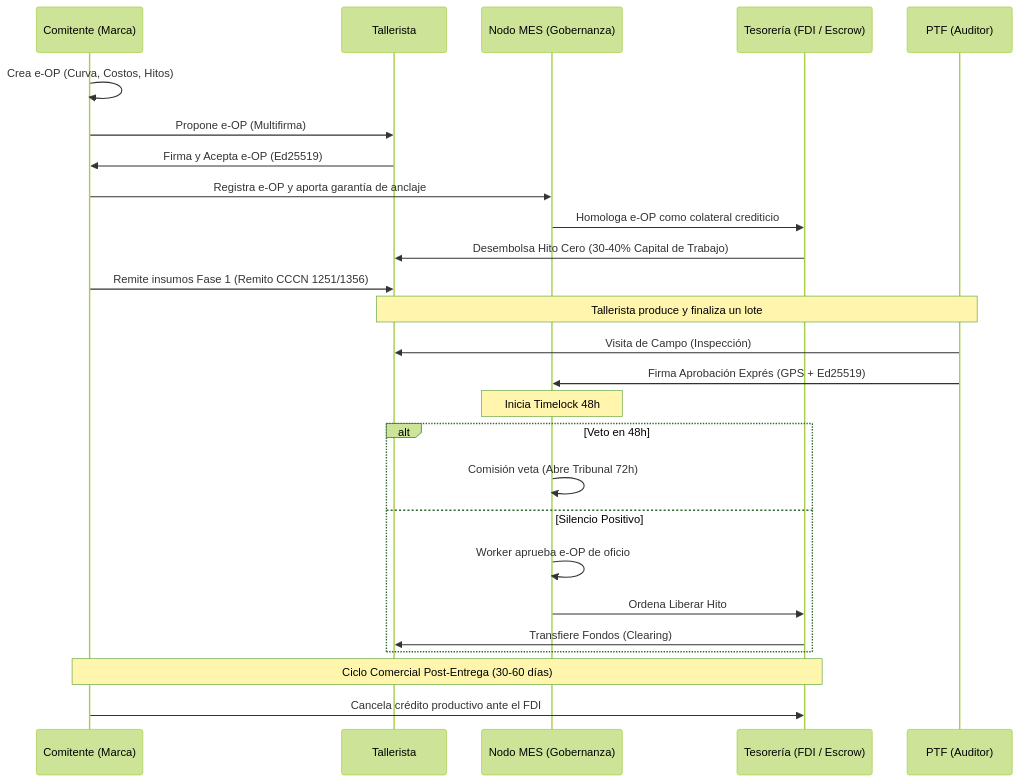
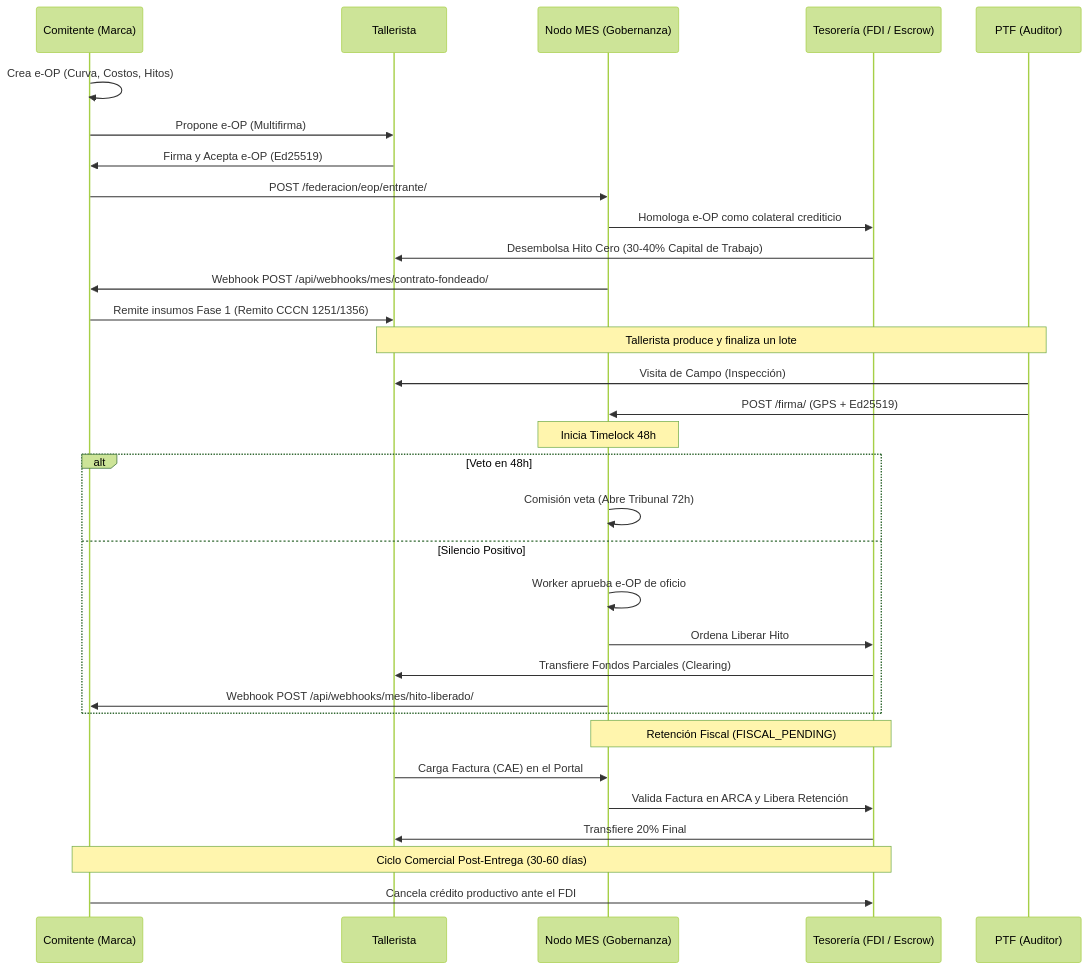
One commit to sarthouse/indinopy changed the first of 3 diagrams in docs/flujos_documentales_indino.md. Above: the diagram before and after it, drawn with Mermaid (forest theme). The commit also changed 33 other files, not shown here.

````diff
--- a/docs/flujos_documentales_indino.md
+++ b/docs/flujos_documentales_indino.md
@@ -36,31 +36,39 @@
 ```mermaid
 sequenceDiagram
     participant C as Comitente (Marca)
     participant T as Tallerista
     participant M as Nodo MES (Gobernanza)
     participant E as Tesorería (FDI / Escrow)
     participant P as PTF (Auditor)
 
     C->>C: Crea e-OP (Curva, Costos, Hitos)
     C->>T: Propone e-OP (Multifirma)
     T->>C: Firma y Acepta e-OP (Ed25519)
-    C->>M: Registra e-OP y aporta garantía de anclaje
+    C->>M: POST /federacion/eop/entrante/
     M->>E: Homologa e-OP como colateral crediticio
     E->>T: Desembolsa Hito Cero (30-40% Capital de Trabajo)
+    M->>C: Webhook POST /api/webhooks/mes/contrato-fondeado/
     C->>T: Remite insumos Fase 1 (Remito CCCN 1251/1356)
     
     Note over T,P: Tallerista produce y finaliza un lote
     P->>T: Visita de Campo (Inspección)
-    P->>M: Firma Aprobación Exprés (GPS + Ed25519)
+    P->>M: POST /firma/ (GPS + Ed25519)
     
     Note over M: Inicia Timelock 48h
     alt Veto en 48h
         M->>M: Comisión veta (Abre Tribunal 72h)
     else Silencio Positivo
         M->>M: Worker aprueba e-OP de oficio
         M->>E: Ordena Liberar Hito
-        E->>T: Transfiere Fondos (Clearing)
+        E->>T: Transfiere Fondos Parciales (Clearing)
+        M->>C: Webhook POST /api/webhooks/mes/hito-liberado/
     end
+    
+    Note over M,E: Retención Fiscal (FISCAL_PENDING)
+    T->>M: Carga Factura (CAE) en el Portal
+    M->>E: Valida Factura en ARCA y Libera Retención
+    E->>T: Transfiere 20% Final
+    
     Note over C,E: Ciclo Comercial Post-Entrega (30-60 días)
     C->>E: Cancela crédito productivo ante el FDI
 ```
````
